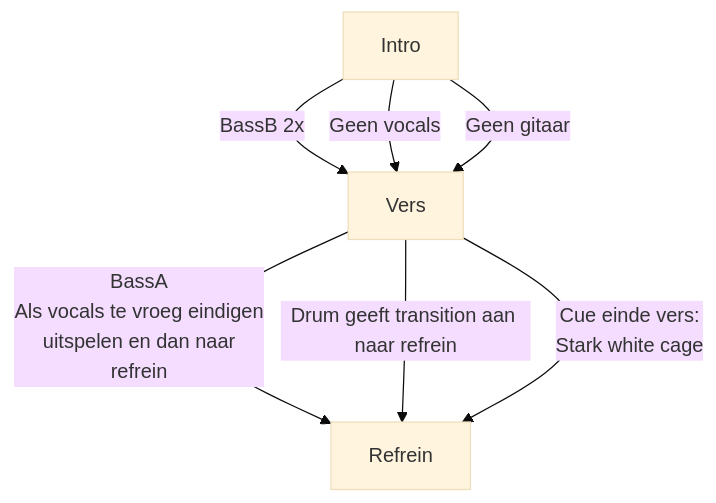
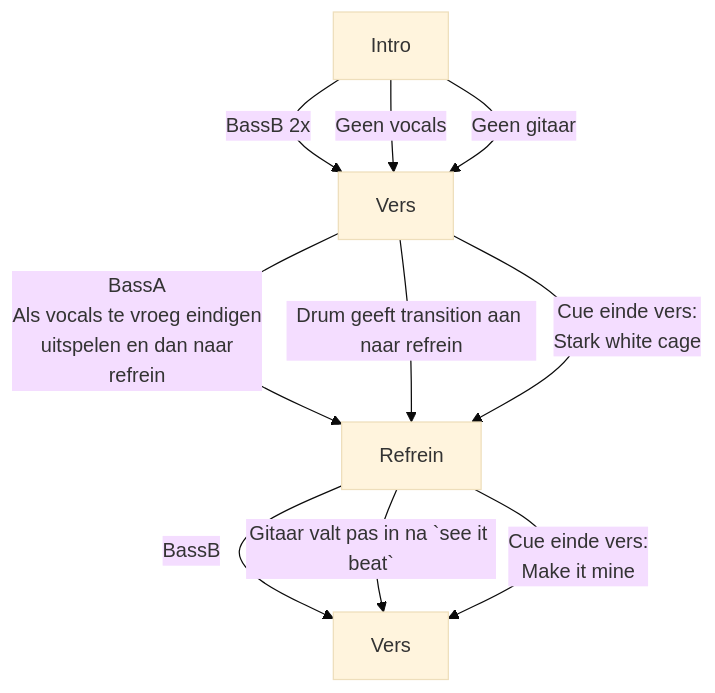
Before and after one commit to foreveryone1/ObsidianNotes: the second of 2 diagrams in 1 notes/10 music/Sharks eat people too schemas.md, drawn with Mermaid (base theme).

Commit message:
vault backup: 2022-11-23 17:49:50

````diff
--- a/1 notes/10 music/Sharks eat people too schemas.md
+++ b/1 notes/10 music/Sharks eat people too schemas.md
@@ -13,12 +13,16 @@
 ```mermaid
 graph TD
     A[Intro]
     B[Vers]
     C[Refrein]
+    D[Vers]
     A-->|BassB 2x|B
     A-->|Geen vocals|B
     A-->|Geen gitaar|B
     B-->|BassA<br>Als vocals te vroeg eindigen<br> uitspelen en dan naar refrein|C
     B-->|Drum geeft transition aan naar refrein|C
     B-->|Cue einde vers: <br> Stark white cage|C
+    C-->|BassB|D
+    C-->|Gitaar valt pas in na `see it beat`|D
+    C-->|Cue einde vers: <br> Make it mine|D
 ```
````
